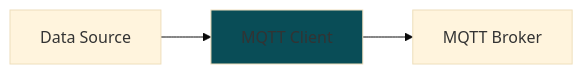
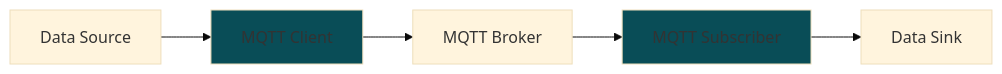
The diagram in README.md (cmu-mfi/mfi_ddb_library), drawn with Mermaid (base theme) before and after one commit. The commit also changed other lines of this file, not shown here.

Commit message:
docs: update README to include MQTT Subscriber and Message Handlers details

````diff
--- a/README.md
+++ b/README.md
@@ -14,7 +14,7 @@
 ```mermaid
 flowchart LR;
-    A[Data Source]-->B[MQTT Client]-->C[MQTT Broker]
+    A[Data Source]-->B[MQTT Client]-->C[MQTT Broker]-->D[MQTT Subscriber]-->E[Data Sink]
 
     classDef highlight fill:#094d57
-    class B highlight
+    class B,D highlight
 ```
````
